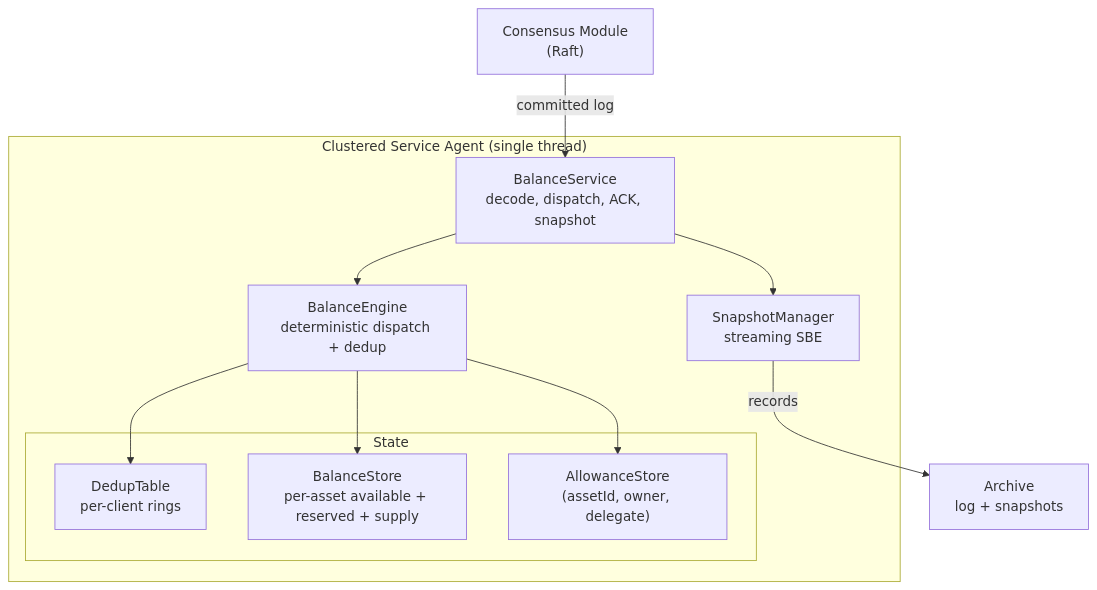
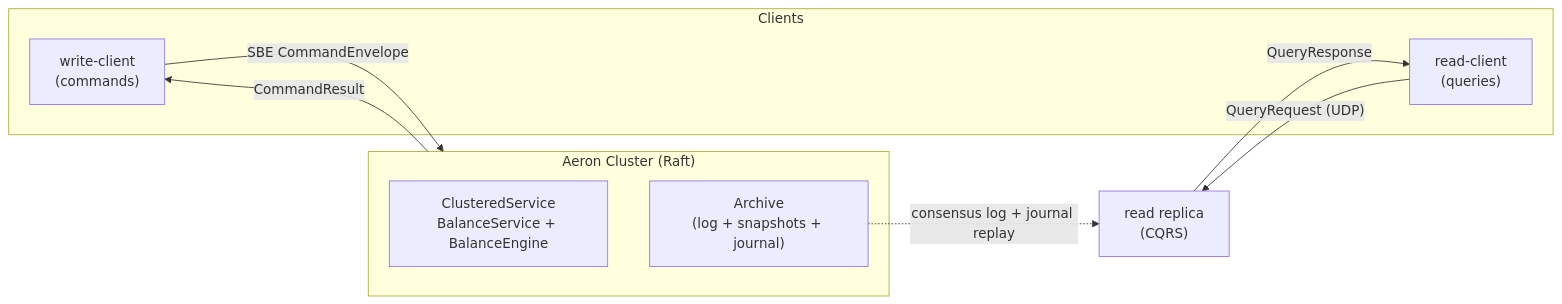
Before and after one commit to justrade-io/ledgerd: the diagram in README.md, drawn with Mermaid. The commit also changed other lines of this file, not shown here.

````diff
--- a/README.md
+++ b/README.md
@@ -240,20 +63,21 @@
 ```mermaid
-flowchart TB
-    subgraph SVC["Clustered Service Agent (single thread)"]
-        BS["BalanceService\ndecode, dispatch, ACK, snapshot"]
-        BE["BalanceEngine\ndeterministic dispatch + dedup"]
-        subgraph STATE["State"]
-            DT["DedupTable\nper-client rings"]
-            BSTORE["BalanceStore\nper-asset available + reserved + supply"]
-            ASTORE["AllowanceStore\n(assetId, owner, delegate)"]
-        end
-        SM["SnapshotManager\nstreaming SBE"]
-        BS --> BE
-        BE --> DT
-        BE --> BSTORE
-        BE --> ASTORE
-        BS --> SM
+flowchart LR
+    subgraph CLIENT["Clients"]
+        WC["write-client\n(commands)"]
+        RC["read-client\n(queries)"]
     end
-    CM["Consensus Module\n(Raft)"] -->|" committed log "| BS
-    SM -->|" records "| AR["Archive\nlog + snapshots"]
+
+    subgraph CLUSTER["Aeron Cluster (Raft)"]
+        NODE["ClusteredService\nBalanceService + BalanceEngine"]
+        AR["Archive\n(log + snapshots + journal)"]
+    end
+
+    REP["read replica\n(CQRS)"]
+
+    WC -->|"SBE CommandEnvelope"| CLUSTER
+    CLUSTER -->|"CommandResult"| WC
+    RC -->|"QueryRequest (UDP)"| REP
+    REP -->|"QueryResponse"| RC
+    AR -.->|"consensus log + journal replay"| REP
+    CLUSTER --> AR
 ```
````
